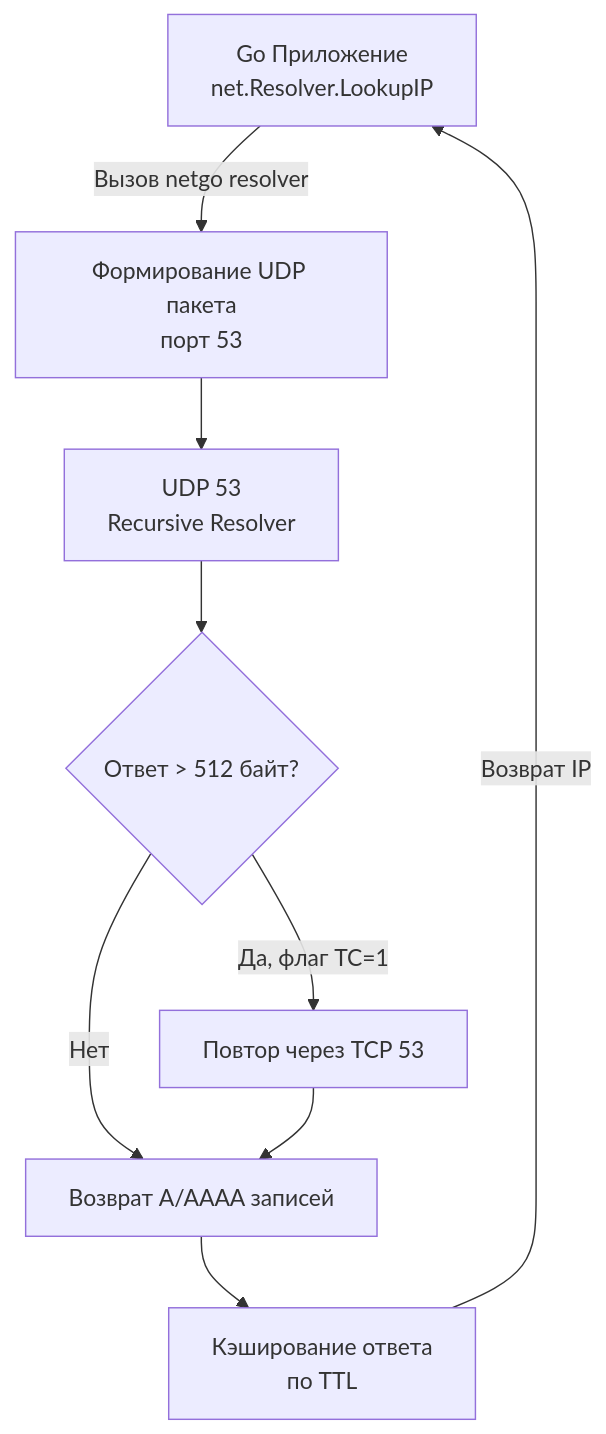
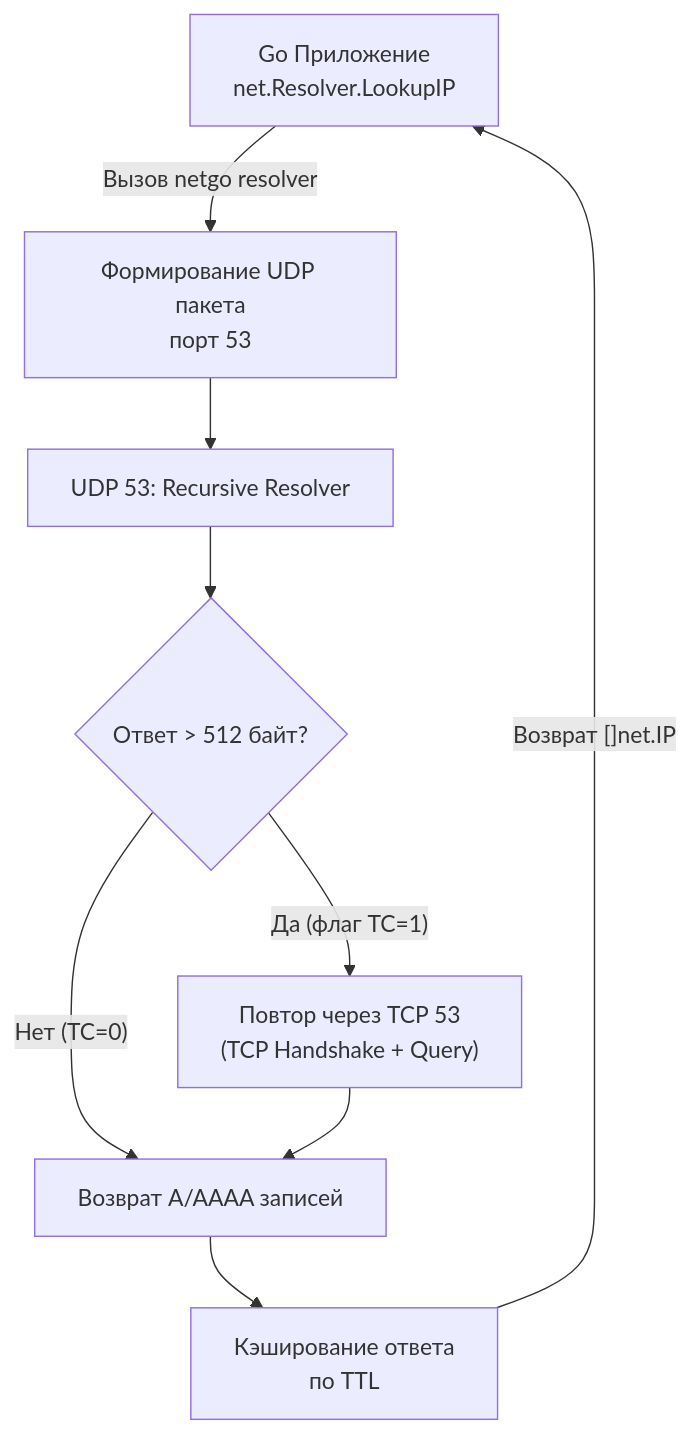
Before and after one commit to UnrealTemplier/go-textbook: the third of 3 diagrams in sources/3. Компьютерные сети и сетевой стек/16. DNS. Как работает преобразование имени в IP.md, drawn with Mermaid. The commit also changed other lines of this file, not shown here.

Commit message:
feat(module-03): editorial rewrite of Lecture 16 (DNS Architecture, netgo vs cgo, UDP/TCP 53, ndots, singleflight) in Kernighan style

````diff
--- a/sources/3. Компьютерные сети и сетевой стек/16. DNS. Как работает преобразование имени в IP.md
+++ b/sources/3. Компьютерные сети и сетевой стек/16. DNS. Как работает преобразование имени в IP.md
@@ -31,11 +132,11 @@
 ```mermaid
 flowchart TD
-    A["Go Приложение<br/>net.Resolver.LookupIP"] -->|"Вызов netgo resolver"| B["Формирование UDP пакета<br/>порт 53"]
-    B --> C["UDP 53<br/>Recursive Resolver"]
+    A["Go Приложение<br>net.Resolver.LookupIP"] -->|"Вызов netgo resolver"| B["Формирование UDP пакета<br>порт 53"]
+    B --> C["UDP 53: Recursive Resolver"]
     C --> D{"Ответ > 512 байт?"}
-    D -->|"Нет"| E["Возврат A/AAAA записей"]
-    D -->|"Да, флаг TC=1"| F["Повтор через TCP 53"]
+    D -->|"Нет (TC=0)"| E["Возврат A/AAAA записей"]
+    D -->|"Да (флаг TC=1)"| F["Повтор через TCP 53<br>(TCP Handshake + Query)"]
     F --> E
-    E --> G["Кэширование ответа<br/>по TTL"]
-    G -->|"Возврат IP"| A
+    E --> G["Кэширование ответа<br>по TTL"]
+    G -->|"Возврат []net.IP"| A
 ```
````
